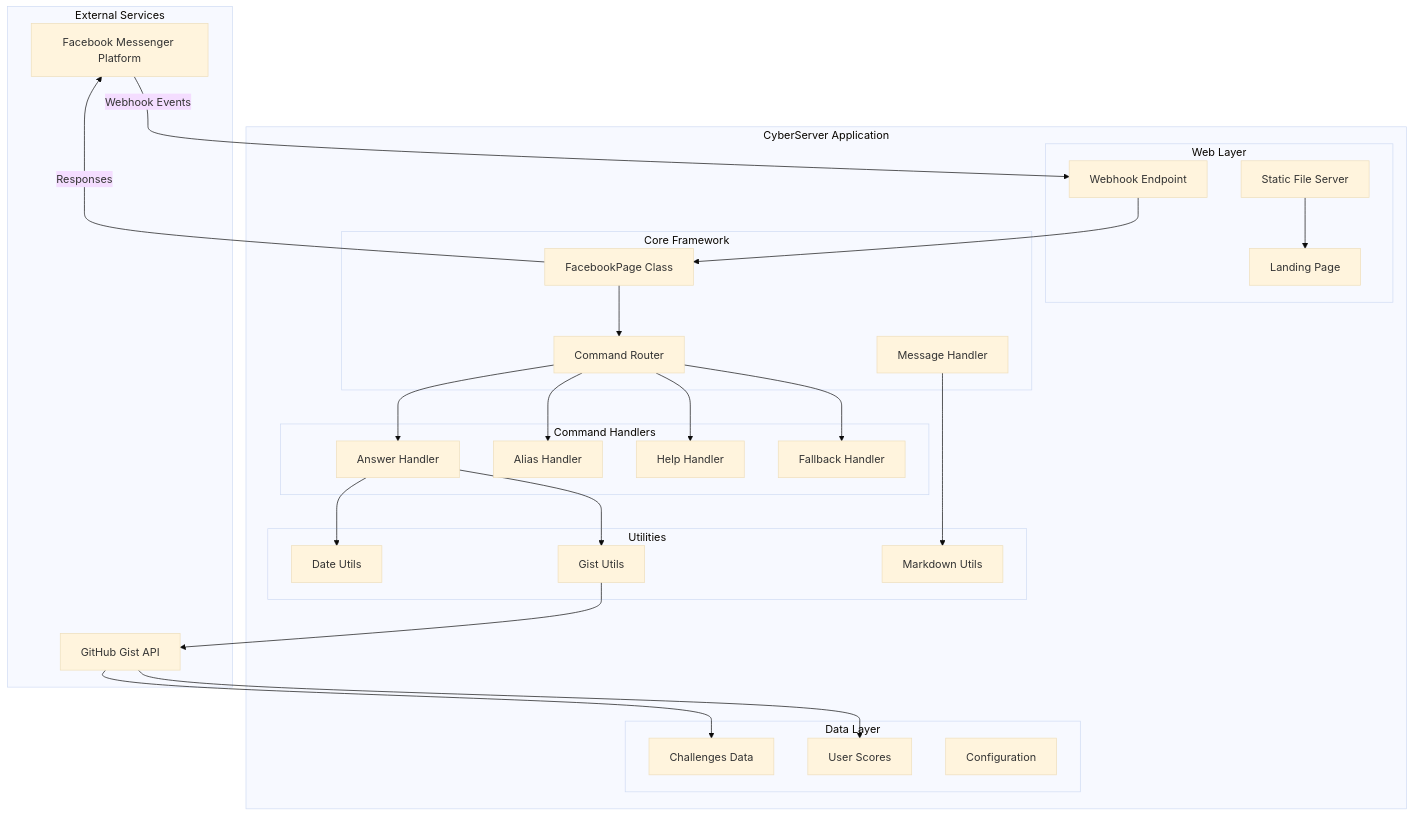
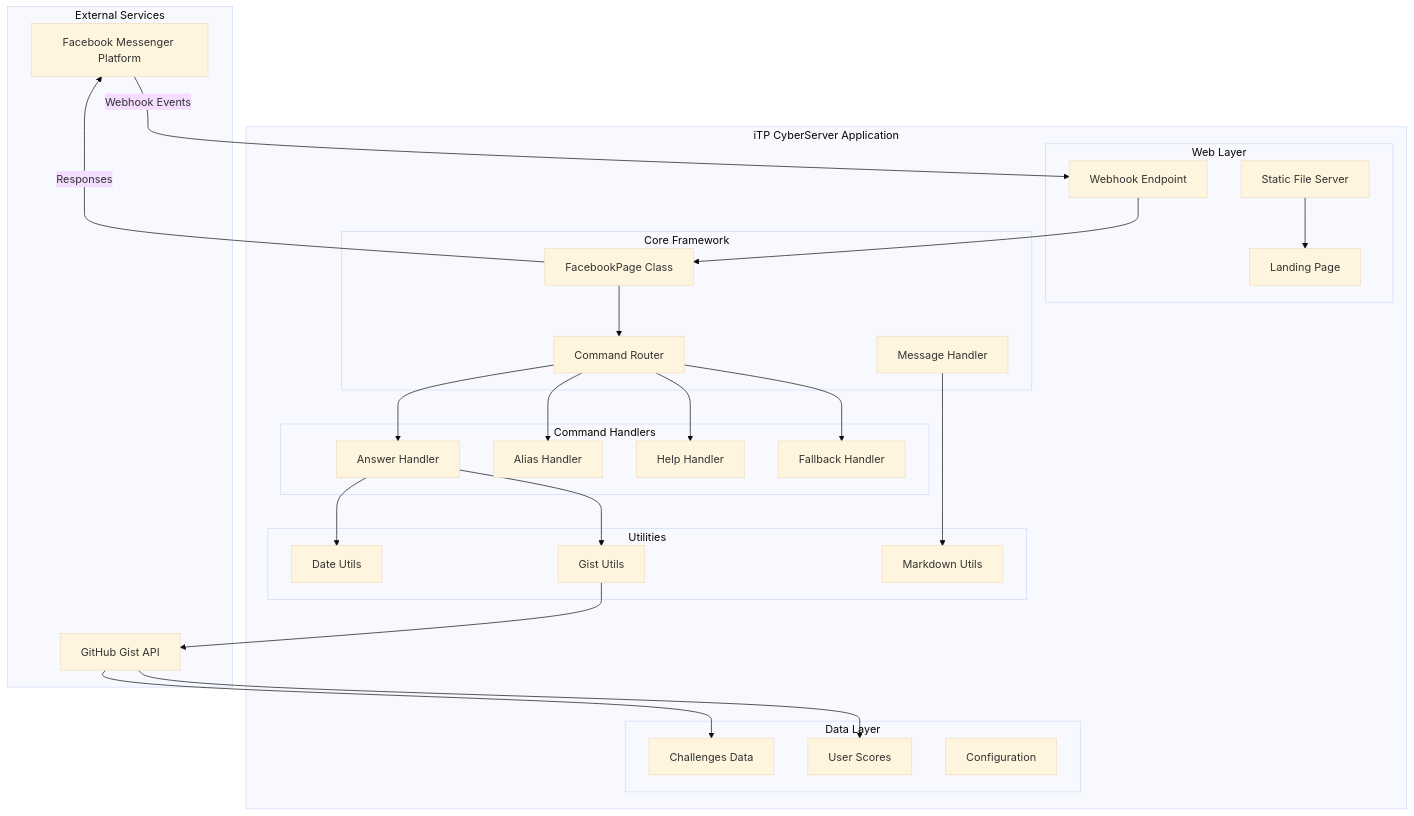
One commit to RyannKim327/iTP-Cybersec changed the first of 4 diagrams in docs/ARCHITECTURE.md. Above: the diagram before and after it, drawn with Mermaid (base theme). The commit also changed other lines of this file and 9 other files, not shown here.

````diff
--- a/docs/ARCHITECTURE.md
+++ b/docs/ARCHITECTURE.md
@@ -9,59 +9,59 @@
 ```mermaid
 flowchart TB
     subgraph "External Services"
         FB[Facebook Messenger Platform]
         GH[GitHub Gist API]
     end
     
-    subgraph "CyberServer Application"
+    subgraph "iTP CyberServer Application"
         subgraph "Web Layer"
             WH[Webhook Endpoint]
             ST[Static File Server]
             LP[Landing Page]
         end
         
         subgraph "Core Framework"
             FP[FacebookPage Class]
             CR[Command Router]
             MH[Message Handler]
         end
         
         subgraph "Command Handlers"
             AH[Answer Handler]
             AL[Alias Handler]
             HE[Help Handler]
             FB_HANDLER[Fallback Handler]
         end
         
         subgraph "Utilities"
             DU[Date Utils]
             GU[Gist Utils]
             MU[Markdown Utils]
         end
         
         subgraph "Data Layer"
             CH[Challenges Data]
             US[User Scores]
             CF[Configuration]
         end
     end
     
     FB -->|Webhook Events| WH
     WH --> FP
     FP --> CR
     CR --> AH
     CR --> AL
     CR --> HE
     CR --> FB_HANDLER
     
     AH --> GU
     GU --> GH
     GH --> CH
     GH --> US
     
     AH --> DU
     MH --> MU
     
     FP -->|Responses| FB
     ST --> LP
 ```
````
